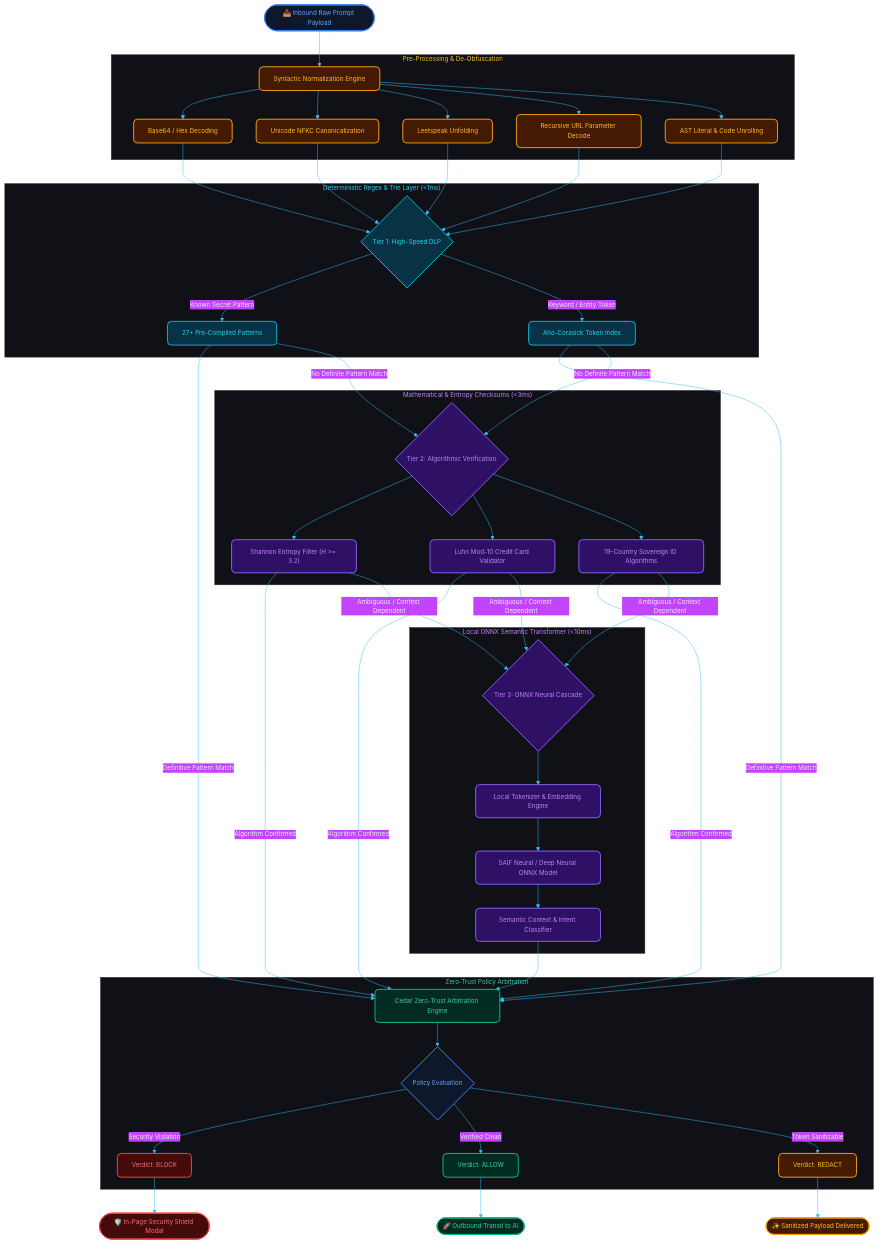
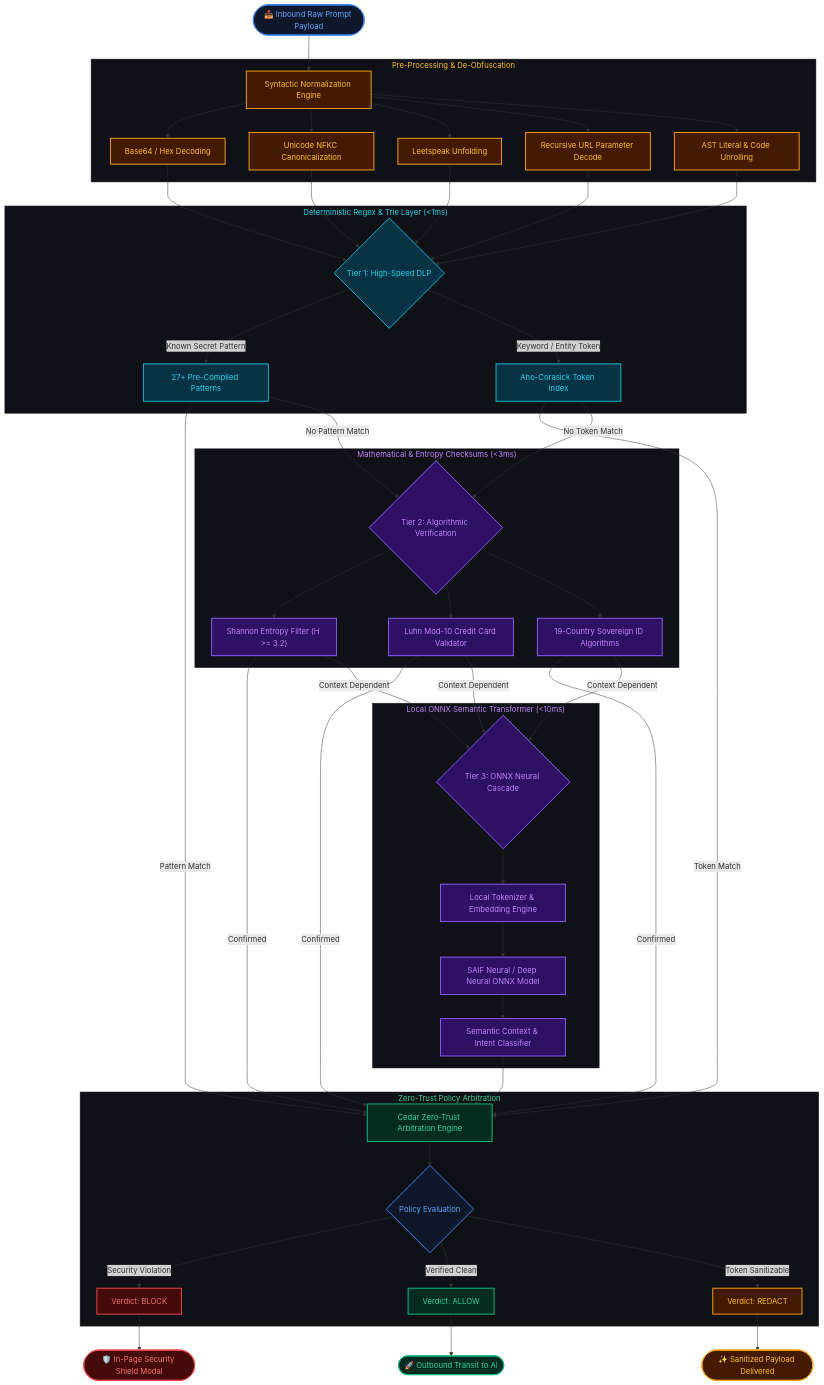
One commit to sudohackfu/saif-free-tier changed the third of 5 diagrams in docs/ARCHITECTURE.md. Above: the diagram before and after it, drawn with Mermaid. The commit also changed other lines of this file and 2 other files, not shown here.

Commit message:
docs: standardize Mermaid syntax for universal Antigravity IDE rendering

````diff
--- a/docs/ARCHITECTURE.md
+++ b/docs/ARCHITECTURE.md
@@ -209,77 +173,77 @@
 ```mermaid
-%%{init: {
-  'theme': 'base',
-  'themeVariables': {
-    'darkMode': true,
-    'background': '#09090b',
-    'mainBkg': '#121217',
-    'nodeBorder': '#27272a',
-    'textColor': '#f4f4f5',
-    'fontFamily': 'Inter, system-ui, -apple-system, sans-serif',
-    'fontSize': '13px',
-    'lineColor': '#38bdf8'
-  }
-}}%%
 flowchart TD
     START(["📥 Inbound Raw Prompt Payload"]):::blueNode --> NORM["Syntactic Normalization Engine"]:::amberNode
 
     subgraph Normalization ["Pre-Processing & De-Obfuscation"]
         NORM --> B64["Base64 / Hex Decoding"]:::amberNode
         NORM --> UNI["Unicode NFKC Canonicalization"]:::amberNode
         NORM --> LEET["Leetspeak Unfolding"]:::amberNode
         NORM --> URLD["Recursive URL Parameter Decode"]:::amberNode
         NORM --> AST["AST Literal & Code Unrolling"]:::amberNode
     end
 
-    B64 & UNI & LEET & URLD & AST --> TIER1{"Tier 1: High-Speed DLP"}:::cyanNode
+    TIER1{"Tier 1: High-Speed DLP"}:::cyanNode
+    B64 --> TIER1
+    UNI --> TIER1
+    LEET --> TIER1
+    URLD --> TIER1
+    AST --> TIER1
 
     subgraph FastPath ["Deterministic Regex & Trie Layer (<1ms)"]
         TIER1 -->|"Known Secret Pattern"| REGEX["27+ Pre-Compiled Patterns"]:::cyanNode
         TIER1 -->|"Keyword / Entity Token"| AHO["Aho-Corasick Token Index"]:::cyanNode
     end
 
-    REGEX & AHO -->|"Definitive Pattern Match"| CEDAR
-    REGEX & AHO -->|"No Definite Pattern Match"| TIER2{"Tier 2: Algorithmic Verification"}:::purpleNode
+    TIER2{"Tier 2: Algorithmic Verification"}:::purpleNode
+    REGEX -->|"Pattern Match"| CEDAR
+    AHO -->|"Token Match"| CEDAR
+    REGEX -->|"No Pattern Match"| TIER2
+    AHO -->|"No Token Match"| TIER2
 
     subgraph MathLayer ["Mathematical & Entropy Checksums (<3ms)"]
         TIER2 --> SHANNON["Shannon Entropy Filter (H >= 3.2)"]:::purpleNode
         TIER2 --> LUHN["Luhn Mod-10 Credit Card Validator"]:::purpleNode
         TIER2 --> SOV["19-Country Sovereign ID Algorithms"]:::purpleNode
     end
 
-    SHANNON & LUHN & SOV -->|"Algorithm Confirmed"| CEDAR
-    SHANNON & LUHN & SOV -->|"Ambiguous / Context Dependent"| TIER3{"Tier 3: ONNX Neural Cascade"}:::purpleNode
+    TIER3{"Tier 3: ONNX Neural Cascade"}:::purpleNode
+    SHANNON -->|"Confirmed"| CEDAR
+    LUHN -->|"Confirmed"| CEDAR
+    SOV -->|"Confirmed"| CEDAR
+    SHANNON -->|"Context Dependent"| TIER3
+    LUHN -->|"Context Dependent"| TIER3
+    SOV -->|"Context Dependent"| TIER3
 
     subgraph NeuralLayer ["Local ONNX Semantic Transformer (<10ms)"]
         TIER3 --> EMBED["Local Tokenizer & Embedding Engine"]:::purpleNode
         EMBED --> ONNX_ENG["SAIF Neural / Deep Neural ONNX Model"]:::purpleNode
         ONNX_ENG --> INTENT["Semantic Context & Intent Classifier"]:::purpleNode
     end
 
     INTENT --> CEDAR["Cedar Zero-Trust Arbitration Engine"]:::greenNode
 
     subgraph Decision ["Zero-Trust Policy Arbitration"]
         CEDAR --> VERDICT{"Policy Evaluation"}:::blueNode
         VERDICT -->|"Security Violation"| ACT_BLOCK["Verdict: BLOCK"]:::redNode
         VERDICT -->|"Verified Clean"| ACT_ALLOW["Verdict: ALLOW"]:::greenNode
         VERDICT -->|"Token Sanitizable"| ACT_REDACT["Verdict: REDACT"]:::amberNode
     end
 
     ACT_BLOCK --> OUT_BLOCK(["🛡️ In-Page Security Shield Modal"]):::redNode
     ACT_ALLOW --> OUT_ALLOW(["🚀 Outbound Transit to AI"]):::greenNode
     ACT_REDACT --> OUT_REDACT(["✨ Sanitized Payload Delivered"]):::amberNode
 
-    classDef default fill:#121217,stroke:#27272a,stroke-width:1.5px,color:#f4f4f5,rx:8px,ry:8px;
-    classDef blueNode fill:#0f172a,stroke:#3b82f6,stroke-width:2px,color:#60a5fa,rx:8px,ry:8px;
-    classDef cyanNode fill:#083344,stroke:#06b6d4,stroke-width:2px,color:#22d3ee,rx:8px,ry:8px;
-    classDef greenNode fill:#022c22,stroke:#10b981,stroke-width:2px,color:#34d399,rx:8px,ry:8px;
-    classDef redNode fill:#450a0a,stroke:#ef4444,stroke-width:2px,color:#f87171,rx:8px,ry:8px;
-    classDef amberNode fill:#451a03,stroke:#f59e0b,stroke-width:2px,color:#fbbf24,rx:8px,ry:8px;
-    classDef purpleNode fill:#2e1065,stroke:#8b5cf6,stroke-width:2px,color:#c084fc,rx:8px,ry:8px;
+    classDef default fill:#121217,stroke:#27272a,stroke-width:1.5px,color:#f4f4f5;
+    classDef blueNode fill:#0f172a,stroke:#3b82f6,stroke-width:2px,color:#60a5fa;
+    classDef cyanNode fill:#083344,stroke:#06b6d4,stroke-width:2px,color:#22d3ee;
+    classDef greenNode fill:#022c22,stroke:#10b981,stroke-width:2px,color:#34d399;
+    classDef redNode fill:#450a0a,stroke:#ef4444,stroke-width:2px,color:#f87171;
+    classDef amberNode fill:#451a03,stroke:#f59e0b,stroke-width:2px,color:#fbbf24;
+    classDef purpleNode fill:#2e1065,stroke:#8b5cf6,stroke-width:2px,color:#c084fc;
 
     style Normalization fill:#0f1117,stroke:#27272a,stroke-width:1px,color:#fbbf24;
     style FastPath fill:#0f1117,stroke:#27272a,stroke-width:1px,color:#22d3ee;
     style MathLayer fill:#0f1117,stroke:#27272a,stroke-width:1px,color:#c084fc;
     style NeuralLayer fill:#0f1117,stroke:#27272a,stroke-width:1px,color:#c084fc;
     style Decision fill:#0f1117,stroke:#27272a,stroke-width:1px,color:#34d399;
 ```
````
